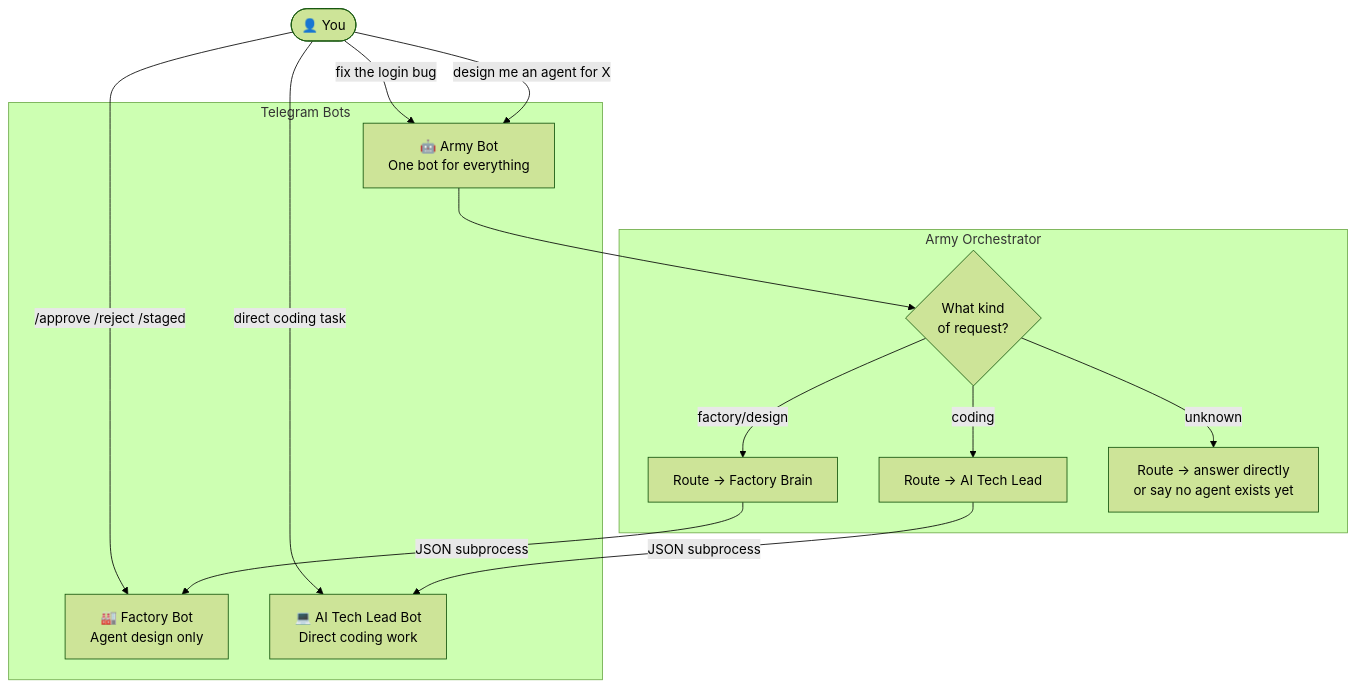
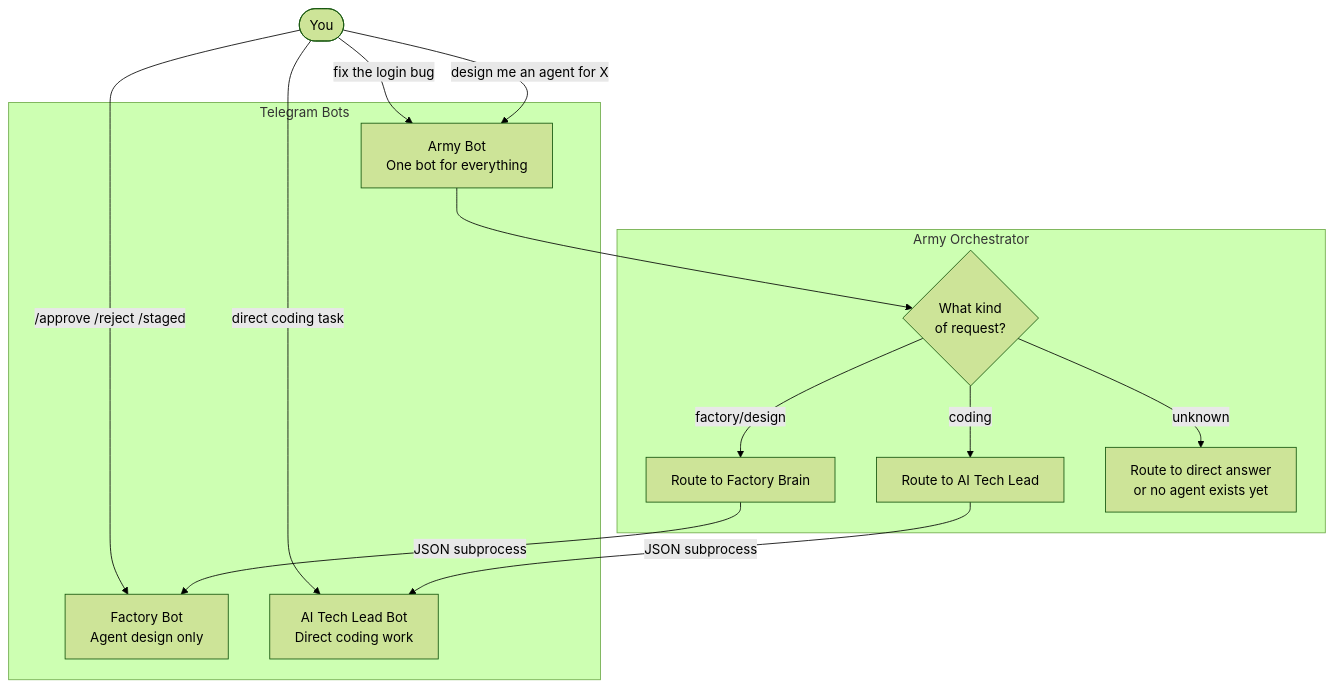
One commit to robvoto/agent-factory changed the diagram in docs/diagrams/03-TELEGRAM-FLOWS.mmd. Above: the diagram before and after it, drawn with Mermaid (forest theme). The commit also changed 11 other files, not shown here.

First line of the commit message:
docs: clean up diagram labels

```diff
--- a/docs/diagrams/03-TELEGRAM-FLOWS.mmd
+++ b/docs/diagrams/03-TELEGRAM-FLOWS.mmd
@@ -1,28 +1,28 @@
 flowchart TD
-    You([👤 You])
+    You([You])
 
     subgraph Bots["Telegram Bots"]
-        ArmyBot["🤖 Army Bot\nOne bot for everything"]
-        FactoryBot["🏭 Factory Bot\nAgent design only"]
-        ATLBot["💻 AI Tech Lead Bot\nDirect coding work"]
+        ArmyBot["Army Bot<br/>One bot for everything"]
+        FactoryBot["Factory Bot<br/>Agent design only"]
+        ATLBot["AI Tech Lead Bot<br/>Direct coding work"]
     end
 
     subgraph Army["Army Orchestrator"]
-        IntentRouter{What kind\nof request?}
-        CodingRoute[Route → AI Tech Lead]
-        FactoryRoute[Route → Factory Brain]
-        UnknownRoute[Route → answer directly\nor say no agent exists yet]
+        IntentRouter{What kind<br/>of request?}
+        CodingRoute[Route to AI Tech Lead]
+        FactoryRoute[Route to Factory Brain]
+        UnknownRoute[Route to direct answer<br/>or no agent exists yet]
     end
 
     You -->|"fix the login bug"| ArmyBot
     You -->|"design me an agent for X"| ArmyBot
     You -->|/approve /reject /staged| FactoryBot
     You -->|direct coding task| ATLBot
 
     ArmyBot --> IntentRouter
     IntentRouter -->|coding| CodingRoute
     IntentRouter -->|factory/design| FactoryRoute
     IntentRouter -->|unknown| UnknownRoute
 
     CodingRoute -->|JSON subprocess| ATLBot
     FactoryRoute -->|JSON subprocess| FactoryBot
```
